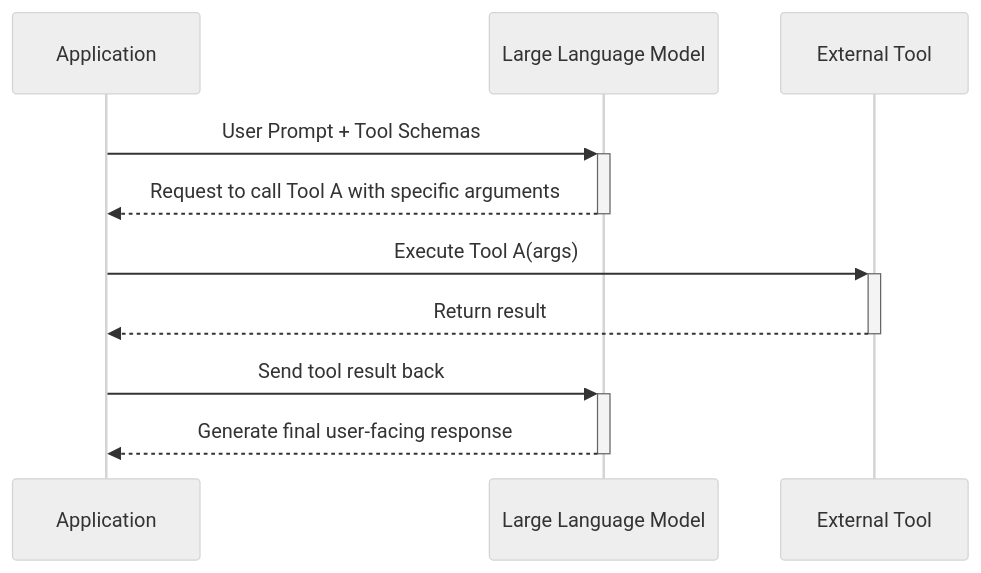
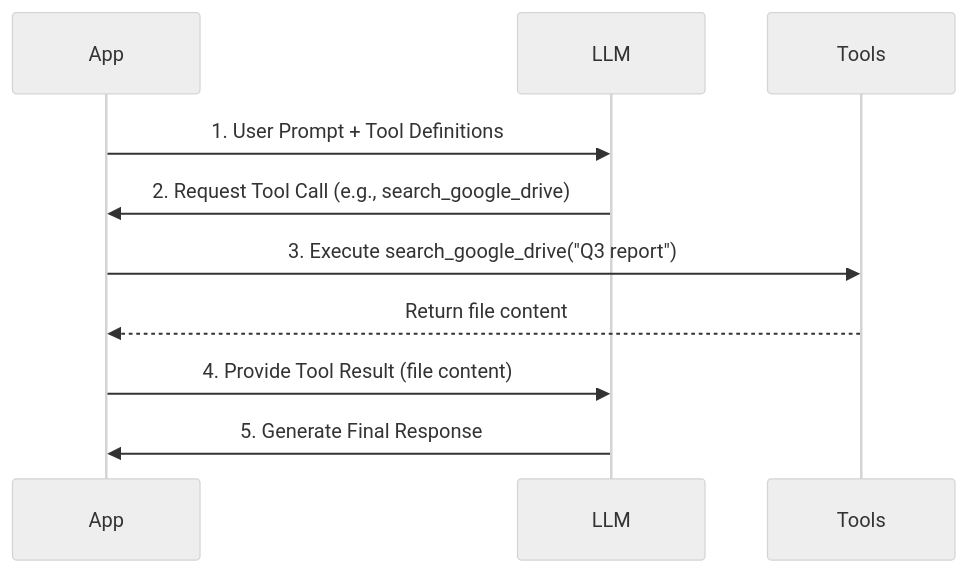
One commit to towardsai/agentic-ai-engineering-course changed the first of 3 diagrams in lessons/06_tools/article.md. Above: the diagram before and after it, drawn with Mermaid (neutral theme). The commit also changed other lines of this file and 9 other files, not shown here.

````diff
--- a/lessons/06_tools/article.md
+++ b/lessons/06_tools/article.md
@@ -30,13 +36,13 @@
 ```mermaid
 sequenceDiagram
-    participant App as Application
-    participant LLM as Large Language Model
-    participant Tool as External Tool
+    participant App
+    participant LLM
+    participant Tools
 
-    App->>+LLM: User Prompt + Tool Schemas
-    LLM-->>-App: Request to call Tool A with specific arguments
-    App->>+Tool: Execute Tool A(args)
-    Tool-->>-App: Return result
-    App->>+LLM: Send tool result back
-    LLM-->>-App: Generate final user-facing response
+    App->>LLM: 1. User Prompt + Tool Definitions
+    LLM->>App: 2. Request Tool Call (e.g., search_google_drive)
+    App->>Tools: 3. Execute search_google_drive("Q3 report")
+    Tools-->>App: Return file content
+    App->>LLM: 4. Provide Tool Result (file content)
+    LLM->>App: 5. Generate Final Response
 ```
````
